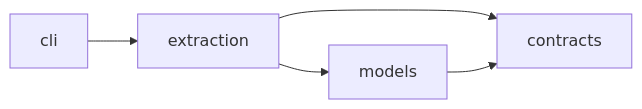
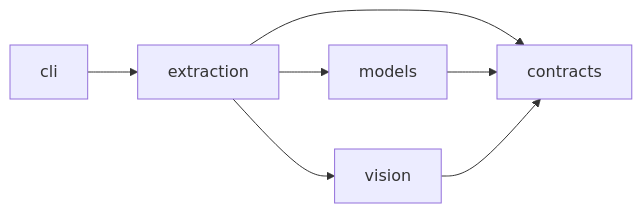
Before and after one commit to edyhtan/framekit: the second of 4 diagrams in docs/ARCHITECTURE.md, drawn with Mermaid. The commit also changed other lines of this file and 4 other files, not shown here.

````diff
--- a/docs/ARCHITECTURE.md
+++ b/docs/ARCHITECTURE.md
@@ -90,7 +96,9 @@
 ```mermaid
 flowchart LR
     CLI["cli"] --> EX["extraction"]
     EX --> MA["models"]
+    EX --> VI["vision"]
     EX --> CT["contracts"]
     MA --> CT
+    VI --> CT
 ```
````
